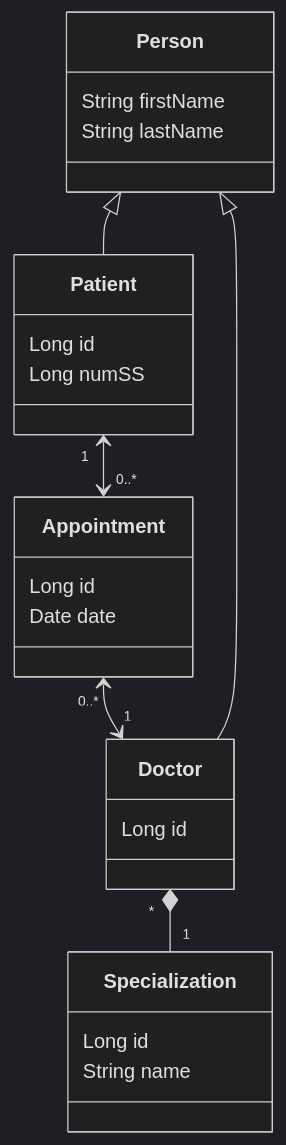
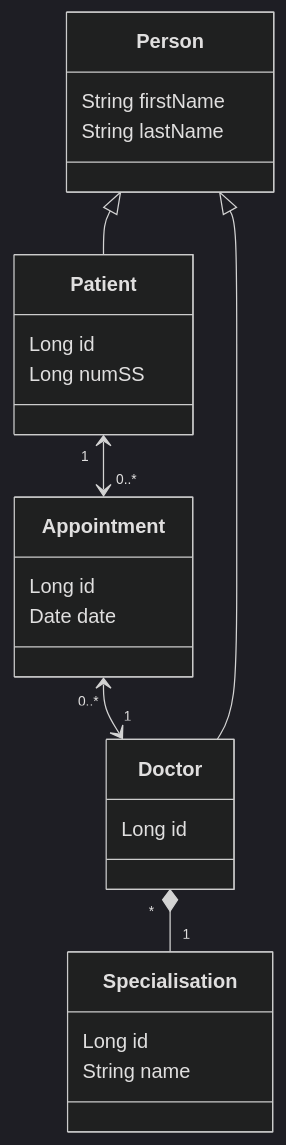
Before and after one commit to barais/tpjpa2024: the diagram in README.md, drawn with Mermaid (dark theme).

````diff
--- a/README.md
+++ b/README.md
@@ -10,33 +10,33 @@
 ```mermaid
 classDiagram
     Patient "1" <--> "0..*" Appointment  
     Appointment "0..*" <--> "1" Doctor
-    Doctor "*" *-- "1" Specialization
+    Doctor "*" *-- "1" Specialisation
     Person <|-- Patient
     Person <|-- Doctor
 
     class Person {
        String firstName    
        String lastName
     }
 
     class Patient {
         Long id
         Long numSS
     }
 
-    class Specialization {
+    class Specialisation {
         Long id
         String name
     }
 
     class Doctor {
         Long id
     }
 
     class Appointment {
         Long id
         Date date
     }
 
 ```
````
